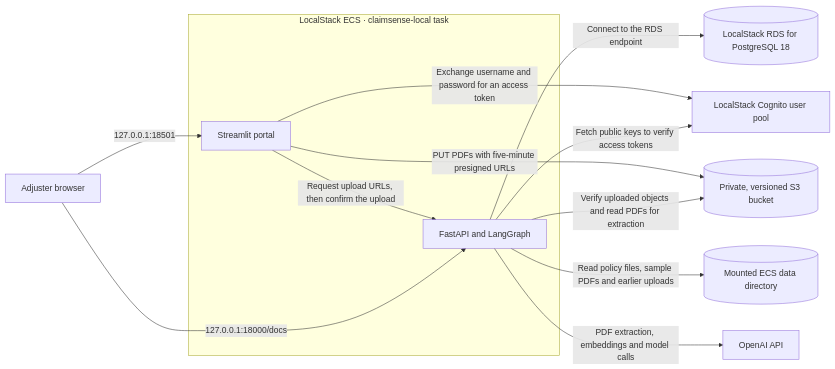
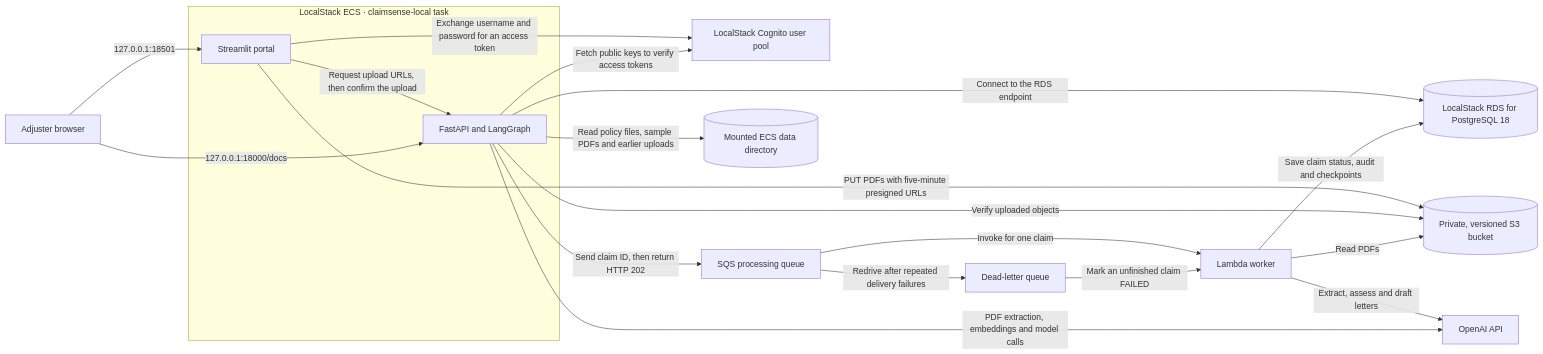
Before and after one commit to MP-30/Claim-Sense: the first of 3 diagrams in infra.md, drawn with Mermaid. The commit also changed other lines of this file and 4 other files, not shown here.

````diff
--- a/infra.md
+++ b/infra.md
@@ -7,18 +7,25 @@
 ```mermaid
 flowchart LR
     User["Adjuster browser"]
     subgraph Task["LocalStack ECS · claimsense-local task"]
         UI["Streamlit portal"]
         API["FastAPI and LangGraph"]
         UI -->|"Request upload URLs, then confirm the upload"| API
     end
     API -->|"Connect to the RDS endpoint"| DB[("LocalStack RDS for PostgreSQL 18")]
     User -->|"127.0.0.1:18501"| UI
     User -->|"127.0.0.1:18000/docs"| API
     UI -->|"Exchange username and password for an access token"| Cognito["LocalStack Cognito user pool"]
     API -->|"Fetch public keys to verify access tokens"| Cognito
     UI -->|"PUT PDFs with five-minute presigned URLs"| S3[("Private, versioned S3 bucket")]
-    API -->|"Verify uploaded objects and read PDFs for extraction"| S3
+    API -->|"Verify uploaded objects"| S3
+    API -->|"Send claim ID, then return HTTP 202"| Queue["SQS processing queue"]
+    Queue -->|"Invoke for one claim"| Worker["Lambda worker"]
+    Queue -->|"Redrive after repeated delivery failures"| DLQ["Dead-letter queue"]
+    DLQ -->|"Mark an unfinished claim FAILED"| Worker
+    Worker -->|"Read PDFs"| S3
+    Worker -->|"Save claim status, audit and checkpoints"| DB
+    Worker -->|"Extract, assess and draft letters"| Model
     API -->|"Read policy files, sample PDFs and earlier uploads"| Files[("Mounted ECS data directory")]
     API -->|"PDF extraction, embeddings and model calls"| Model["OpenAI API"]
 ```
````
